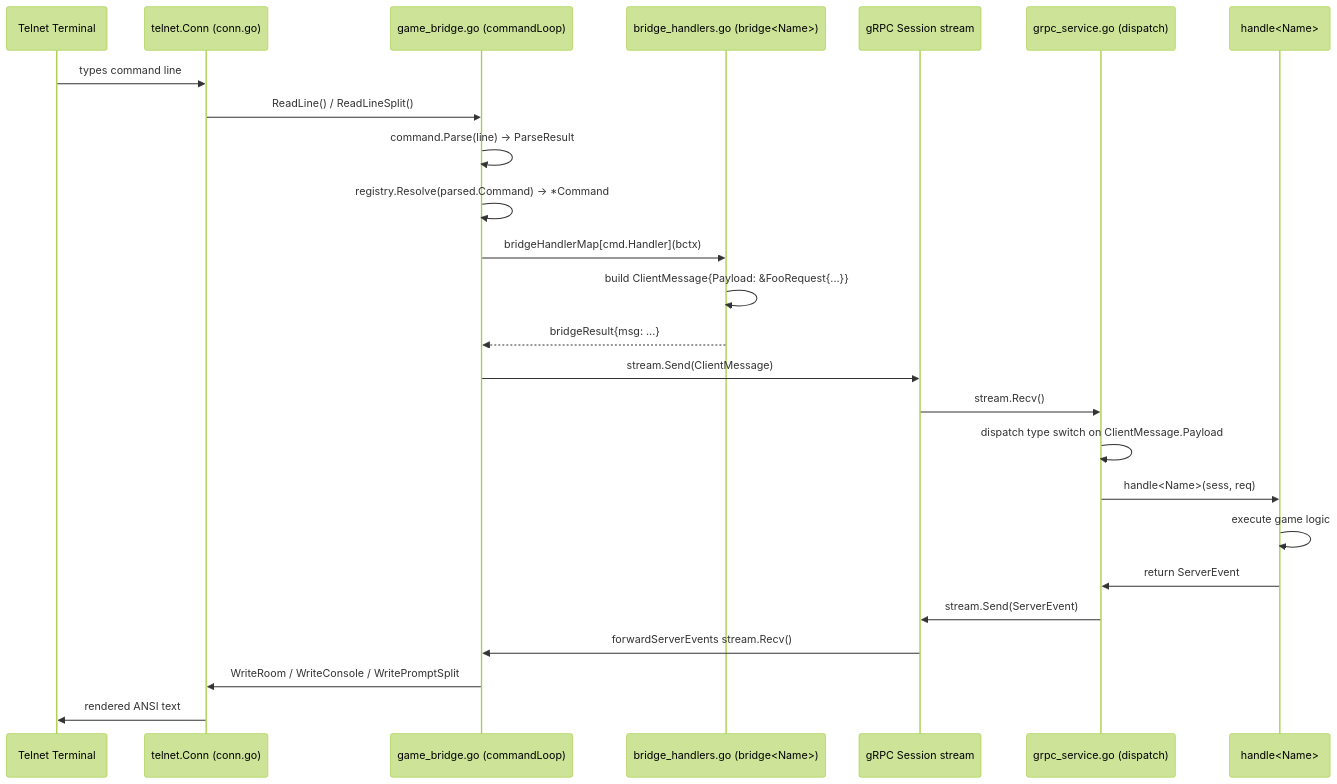
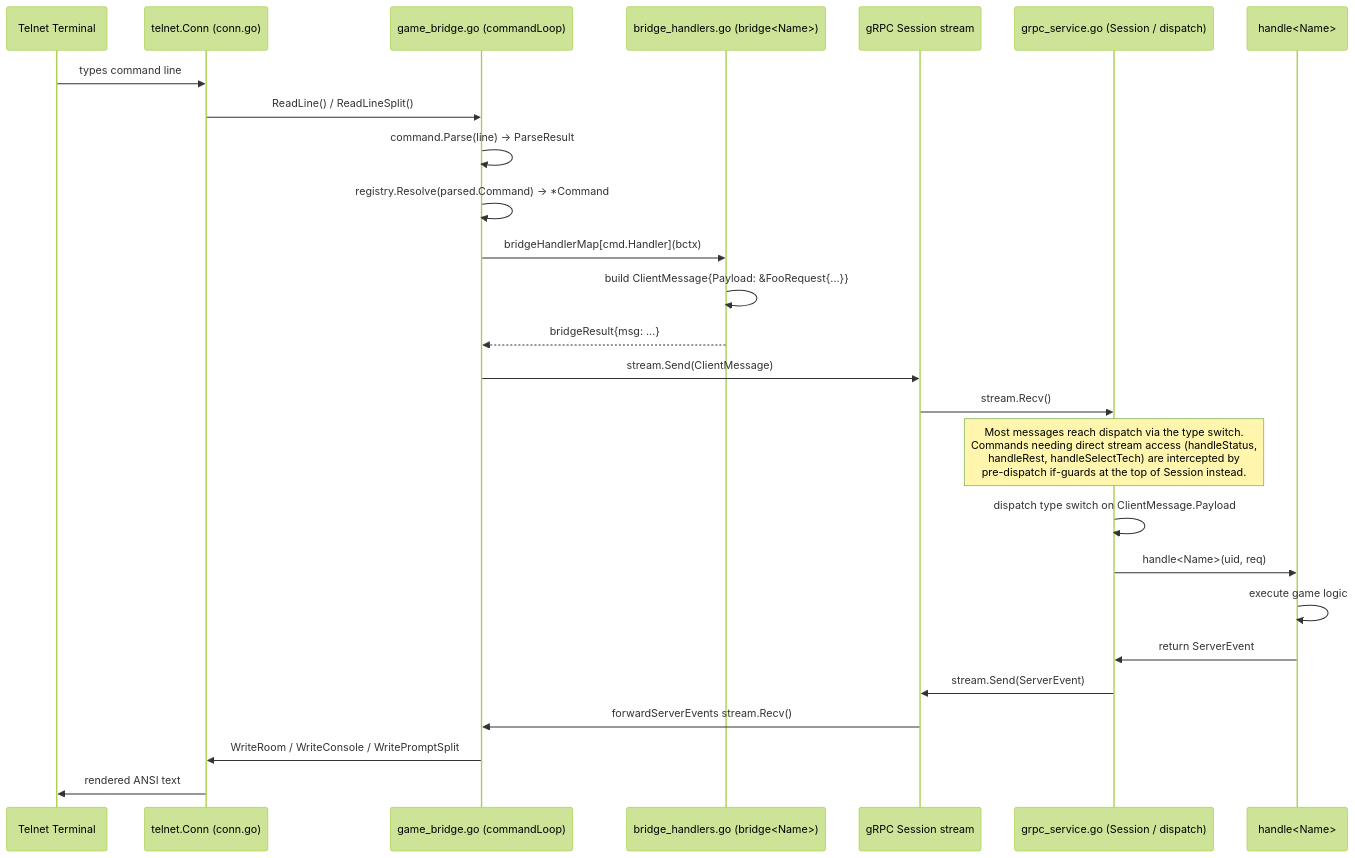
The first of 2 diagrams in docs/architecture/commands.md (cory-johannsen/mud), drawn with Mermaid (forest theme) before and after one commit. The commit also changed other lines of this file and 1 other file, not shown here.

Commit message:
docs(arch): fix dispatch bypass pattern, handleFoo signature, CMD-3 template

````diff
--- a/docs/architecture/commands.md
+++ b/docs/architecture/commands.md
@@ -71,28 +71,29 @@
 ```mermaid
 sequenceDiagram
     participant Player as Telnet Terminal
     participant Conn as telnet.Conn (conn.go)
     participant Bridge as game_bridge.go (commandLoop)
     participant BH as bridge_handlers.go (bridge<Name>)
     participant Stream as gRPC Session stream
-    participant GS as grpc_service.go (dispatch)
+    participant GS as grpc_service.go (Session / dispatch)
     participant Logic as handle<Name>
 
     Player->>Conn: types command line
     Conn->>Bridge: ReadLine() / ReadLineSplit()
     Bridge->>Bridge: command.Parse(line) → ParseResult
     Bridge->>Bridge: registry.Resolve(parsed.Command) → *Command
     Bridge->>BH: bridgeHandlerMap[cmd.Handler](bctx)
     BH->>BH: build ClientMessage{Payload: &FooRequest{...}}
     BH-->>Bridge: bridgeResult{msg: ...}
     Bridge->>Stream: stream.Send(ClientMessage)
     Stream->>GS: stream.Recv()
+    Note over GS: Most messages reach dispatch via the type switch.<br/>Commands needing direct stream access (handleStatus,<br/>handleRest, handleSelectTech) are intercepted by<br/>pre-dispatch if-guards at the top of Session instead.
     GS->>GS: dispatch type switch on ClientMessage.Payload
-    GS->>Logic: handle<Name>(sess, req)
+    GS->>Logic: handle<Name>(uid, req)
     Logic->>Logic: execute game logic
     Logic->>GS: return ServerEvent
     GS->>Stream: stream.Send(ServerEvent)
     Stream->>Bridge: forwardServerEvents stream.Recv()
     Bridge->>Conn: WriteRoom / WriteConsole / WritePromptSplit
     Conn->>Player: rendered ANSI text
 ```
````
